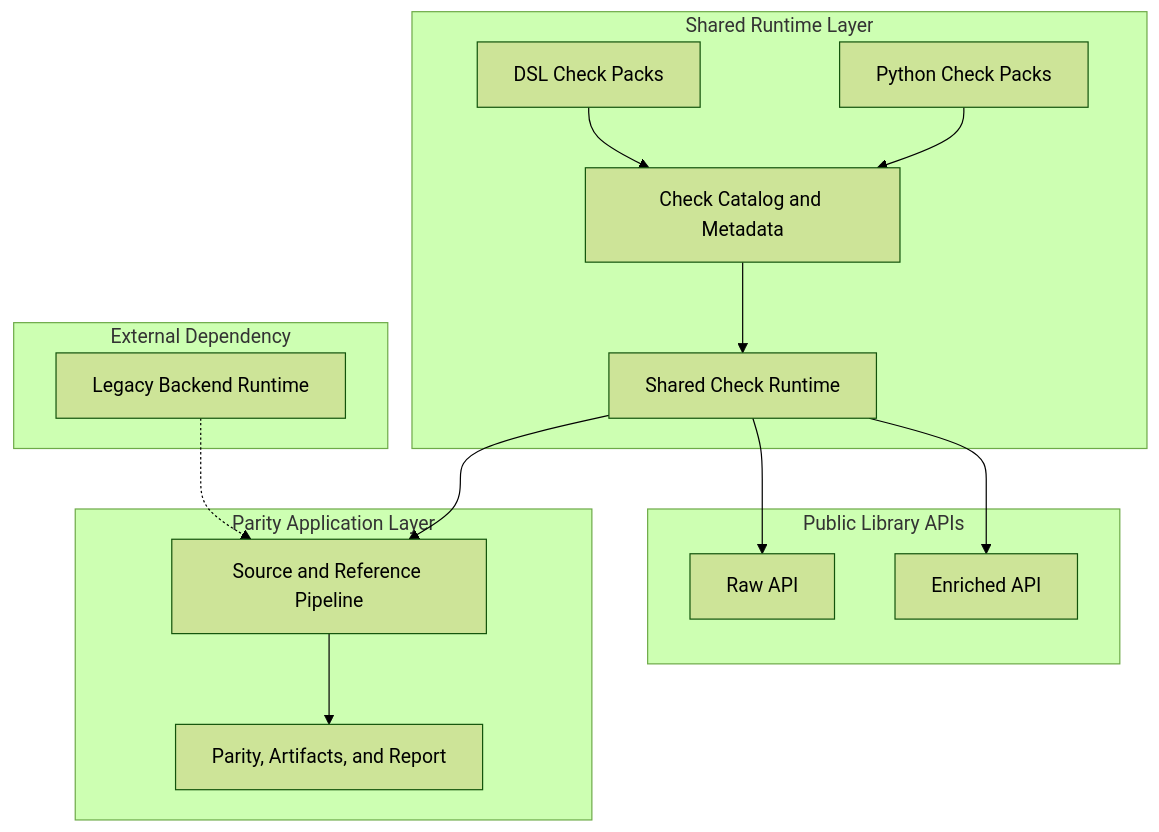
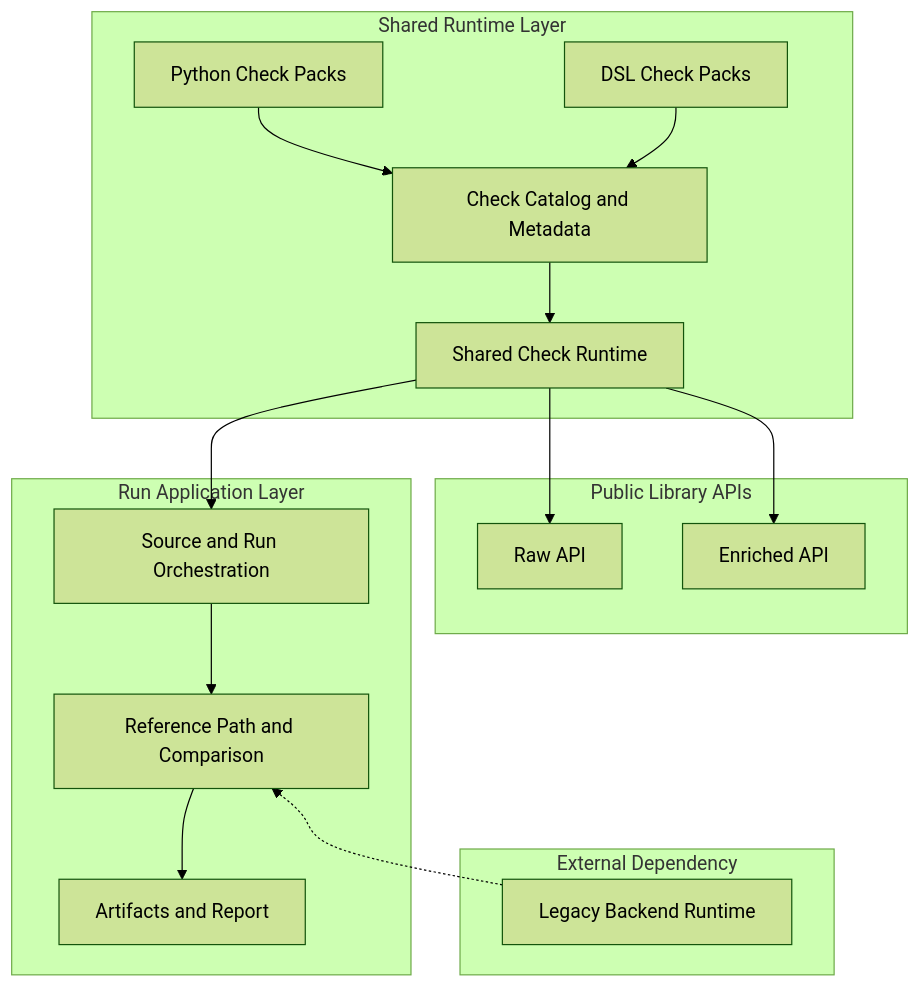
Before and after one commit to bobcorn/openfoodfacts-data-quality: the diagram in README.md, drawn with Mermaid (forest theme). The commit also changed other lines of this file and 128 other files, not shown here.

````diff
--- a/README.md
+++ b/README.md
@@ -31,32 +31,35 @@
 ```mermaid
 flowchart TB
     subgraph RUNTIME["Shared Runtime Layer"]
         A["Python Check Packs"]
         B["DSL Check Packs"]
         C["Check Catalog and Metadata"]
         D["Shared Check Runtime"]
         A --> C
         B --> C
         C --> D
     end
 
     subgraph LIB["Public Library APIs"]
         E["Raw API"]
         F["Enriched API"]
     end
 
-    subgraph APP["Parity Application Layer"]
-        G["Source and Reference Pipeline"]
-        H["Parity, Artifacts, and Report"]
+    subgraph APP["Run Application Layer"]
+        G["Source and Run Orchestration"]
+        H["Reference Path and Comparison"]
+        J["Artifacts and Report"]
         G --> H
+        H --> J
     end
 
     subgraph EXT["External Dependency"]
         I["Legacy Backend Runtime"]
     end
 
     D --> E
     D --> F
     D --> G
-    I -.-> G
+    H ~~~ I
+    I -.-> H
 ```
````
